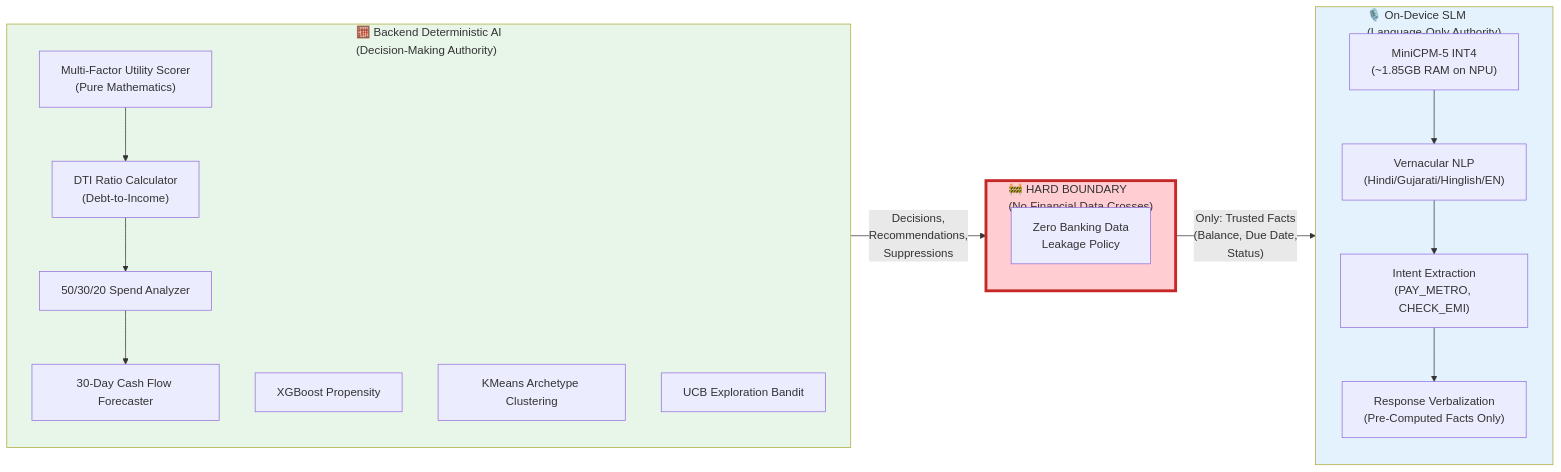
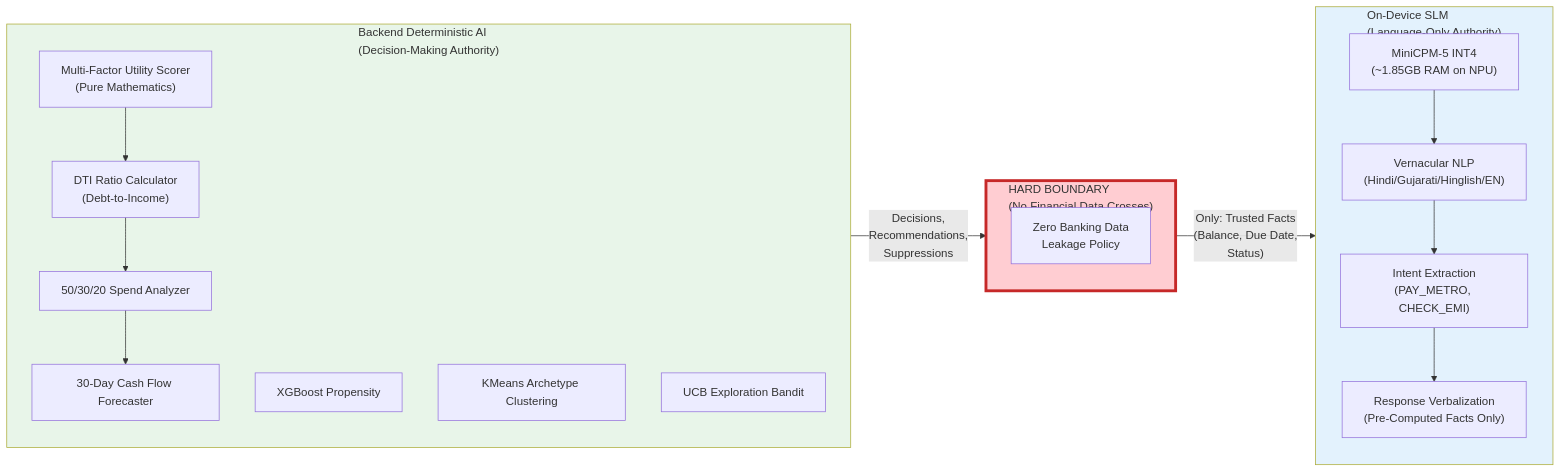
The sixth of 39 diagrams in README.md (Neutron-0/ABC-Bank), drawn with Mermaid before and after one commit. The commit also changed other lines of this file, not shown here.

````diff
--- a/README.md
+++ b/README.md
@@ -558,40 +558,40 @@
 ```mermaid
 flowchart LR
-    subgraph BackendAI["🧮 Backend Deterministic AI\n(Decision-Making Authority)"]
-        direction TB
-        MathScorer["Multi-Factor Utility Scorer\n(Pure Mathematics)"]
-        DTICalc["DTI Ratio Calculator\n(Debt-to-Income)"]
-        SpendCalc["50/30/20 Spend Analyzer"]
-        CashFlow["30-Day Cash Flow Forecaster"]
-        XGBoost["XGBoost Propensity"]
-        KMeans["KMeans Archetype Clustering"]
-        UCBBandit["UCB Exploration Bandit"]
-        
-        MathScorer --> DTICalc
-        DTICalc --> SpendCalc
-        SpendCalc --> CashFlow
-    end
+  subgraph BackendAI["Backend Deterministic AI\n(Decision-Making Authority)"]
+    direction TB
+    MathScorer["Multi-Factor Utility Scorer\n(Pure Mathematics)"]
+    DTICalc["DTI Ratio Calculator\n(Debt-to-Income)"]
+    SpendCalc["50/30/20 Spend Analyzer"]
+    CashFlow["30-Day Cash Flow Forecaster"]
+    XGBoost["XGBoost Propensity"]
+    KMeans["KMeans Archetype Clustering"]
+    UCBBandit["UCB Exploration Bandit"]
+    
+    MathScorer --> DTICalc
+    DTICalc --> SpendCalc
+    SpendCalc --> CashFlow
+  end
 
-    subgraph HardBoundary["🚧 HARD BOUNDARY\n(No Financial Data Crosses)"]
-        Wall["Zero Banking Data\nLeakage Policy"]
-    end
+  subgraph HardBoundary["HARD BOUNDARY\n(No Financial Data Crosses)"]
+    Wall["Zero Banking Data\nLeakage Policy"]
+  end
 
-    subgraph DeviceSLM["🎙️ On-Device SLM\n(Language-Only Authority)"]
-        direction TB
-        MiniCPM2["MiniCPM-5 INT4\n(~1.85GB RAM on NPU)"]
-        VernacularNLP["Vernacular NLP\n(Hindi/Gujarati/Hinglish/EN)"]
-        IntentExtract["Intent Extraction\n(PAY_METRO, CHECK_EMI)"]
-        ResponseVerb["Response Verbalization\n(Pre-Computed Facts Only)"]
-        
-        MiniCPM2 --> VernacularNLP
-        VernacularNLP --> IntentExtract
-        IntentExtract --> ResponseVerb
-    end
+  subgraph DeviceSLM["On-Device SLM\n(Language-Only Authority)"]
+    direction TB
+    MiniCPM2["MiniCPM-5 INT4\n(~1.85GB RAM on NPU)"]
+    VernacularNLP["Vernacular NLP\n(Hindi/Gujarati/Hinglish/EN)"]
+    IntentExtract["Intent Extraction\n(PAY_METRO, CHECK_EMI)"]
+    ResponseVerb["Response Verbalization\n(Pre-Computed Facts Only)"]
+    
+    MiniCPM2 --> VernacularNLP
+    VernacularNLP --> IntentExtract
+    IntentExtract --> ResponseVerb
+  end
 
-    BackendAI -->|"Decisions,\nRecommendations,\nSuppressions"| HardBoundary
-    HardBoundary -->|"Only: Trusted Facts\n(Balance, Due Date,\nStatus)"| DeviceSLM
+  BackendAI -->|"Decisions,\nRecommendations,\nSuppressions"| HardBoundary
+  HardBoundary -->|"Only: Trusted Facts\n(Balance, Due Date,\nStatus)"| DeviceSLM
 
-    style HardBoundary fill:#ffcdd2,stroke:#c62828,stroke-width:4px
-    style BackendAI fill:#e8f5e9
-    style DeviceSLM fill:#e3f2fd
+  style HardBoundary fill:#ffcdd2,stroke:#c62828,stroke-width:4px
+  style BackendAI fill:#e8f5e9
+  style DeviceSLM fill:#e3f2fd
 ```
````
